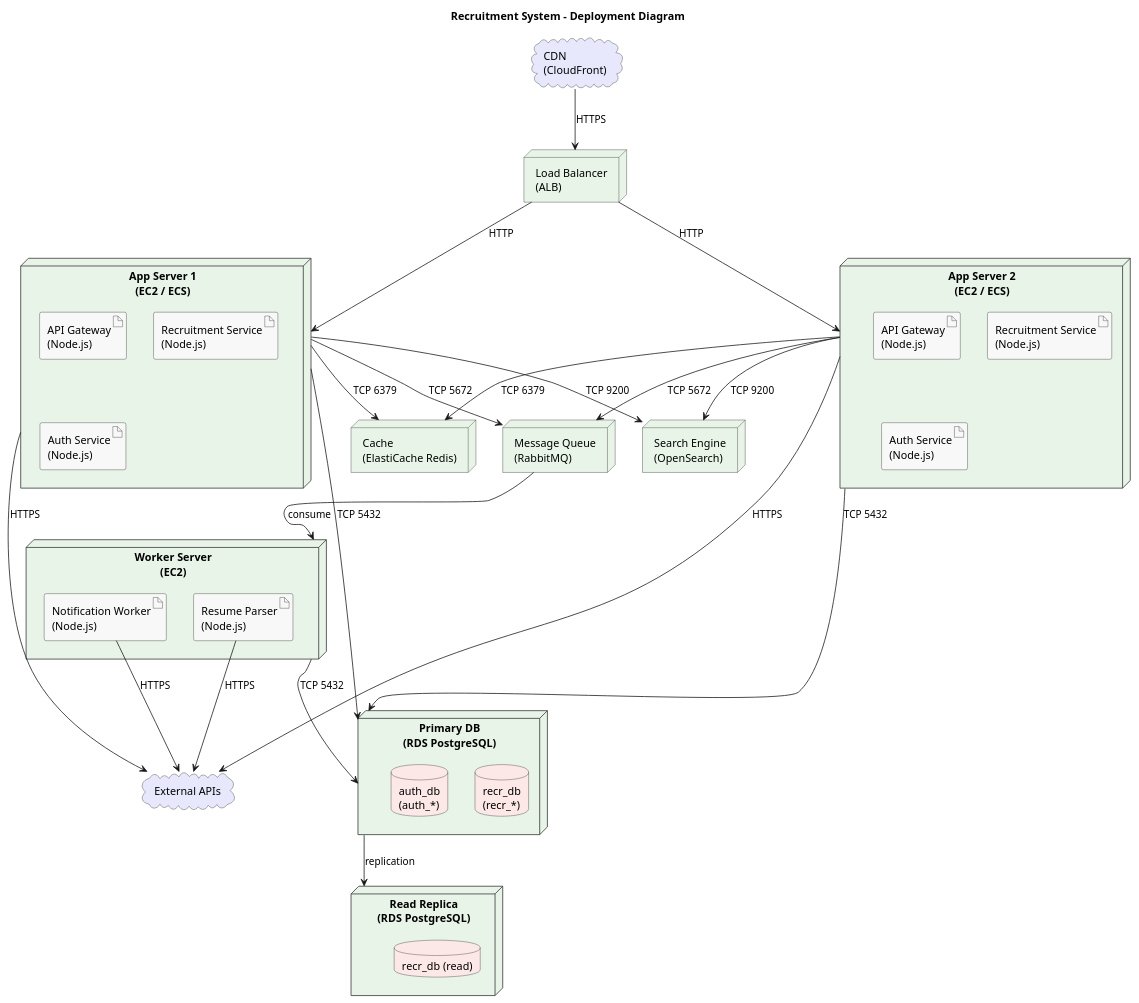
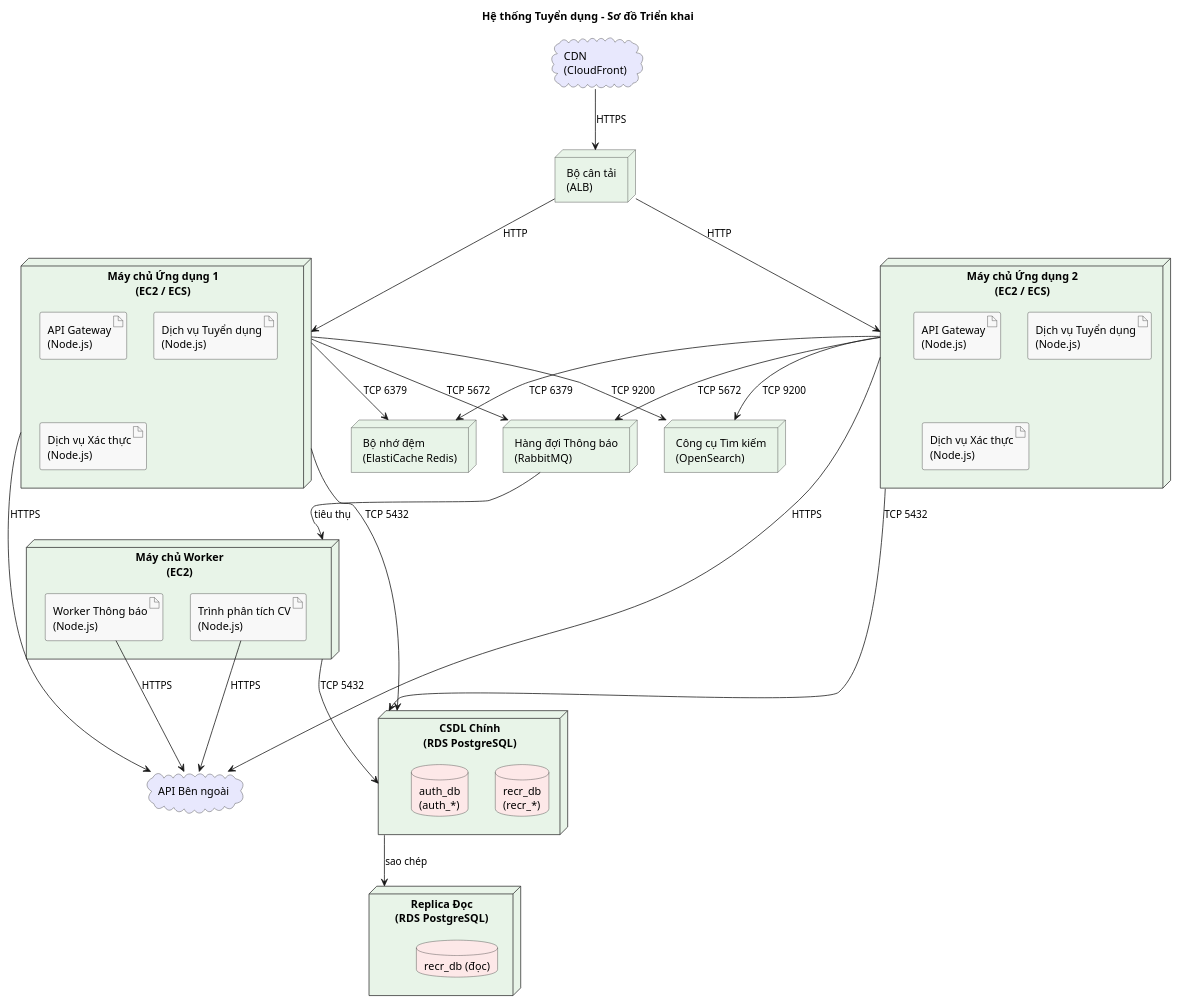
Before and after one commit to namnh240795/document: the diagram in modules/recr/diagrams/deployment/recruitment-deployment.puml, drawn with PlantUML. The commit also changed 171 other files, not shown here.

```diff
--- a/modules/recr/diagrams/deployment/recruitment-deployment.puml
+++ b/modules/recr/diagrams/deployment/recruitment-deployment.puml
@@ -1,99 +1,99 @@
 @startuml
 ' ============================================================
-' Recruitment System - Deployment Diagram
-' Infrastructure topology
+' Hệ thống Tuyển dụng - Sơ đồ Triển khai
+' Topology hạ tầng
 ' ============================================================
 
 skinparam node {
   BackgroundColor #E8F4E8
   BorderColor #333333
 }
 skinparam artifact {
   BackgroundColor #F8F8F8
   BorderColor #333333
 }
 skinparam database {
   BackgroundColor #FDE8E8
   BorderColor #333333
 }
 skinparam cloud {
   BackgroundColor #E8E8FD
   BorderColor #333333
 }
 
-title Recruitment System - Deployment Diagram
+title Hệ thống Tuyển dụng - Sơ đồ Triển khai
 
 ' --- CDN / Edge ---
 cloud "CDN\n(CloudFront)" as cdn
 
-' --- Load Balancer ---
-node "Load Balancer\n(ALB)" as alb
+' --- Bộ cân tải ---
+node "Bộ cân tải\n(ALB)" as alb
 
-' --- Application Servers ---
-node "App Server 1\n(EC2 / ECS)" as app1 {
+' --- Máy chủ Ứng dụng ---
+node "Máy chủ Ứng dụng 1\n(EC2 / ECS)" as app1 {
   artifact "API Gateway\n(Node.js)" as api1
-  artifact "Recruitment Service\n(Node.js)" as recr1
-  artifact "Auth Service\n(Node.js)" as auth1
+  artifact "Dịch vụ Tuyển dụng\n(Node.js)" as recr1
+  artifact "Dịch vụ Xác thực\n(Node.js)" as auth1
 }
 
-node "App Server 2\n(EC2 / ECS)" as app2 {
+node "Máy chủ Ứng dụng 2\n(EC2 / ECS)" as app2 {
   artifact "API Gateway\n(Node.js)" as api2
-  artifact "Recruitment Service\n(Node.js)" as recr2
-  artifact "Auth Service\n(Node.js)" as auth2
+  artifact "Dịch vụ Tuyển dụng\n(Node.js)" as recr2
+  artifact "Dịch vụ Xác thực\n(Node.js)" as auth2
 }
 
-' --- Worker Servers ---
-node "Worker Server\n(EC2)" as worker {
-  artifact "Notification Worker\n(Node.js)" as workerNotif
-  artifact "Resume Parser\n(Node.js)" as workerParser
+' --- Máy chủ Worker ---
+node "Máy chủ Worker\n(EC2)" as worker {
+  artifact "Worker Thông báo\n(Node.js)" as workerNotif
+  artifact "Trình phân tích CV\n(Node.js)" as workerParser
 }
 
-' --- Data Tier ---
-node "Primary DB\n(RDS PostgreSQL)" as dbPrimary {
+' --- Tầng Dữ liệu ---
+node "CSDL Chính\n(RDS PostgreSQL)" as dbPrimary {
   database "recr_db\n(recr_*)" as recrData
   database "auth_db\n(auth_*)" as authData
 }
 
-node "Read Replica\n(RDS PostgreSQL)" as dbReplica {
-  database "recr_db (read)" as recrRead
+node "Replica Đọc\n(RDS PostgreSQL)" as dbReplica {
+  database "recr_db (đọc)" as recrRead
 }
 
-node "Cache\n(ElastiCache Redis)" as redis
+node "Bộ nhớ đệm\n(ElastiCache Redis)" as redis
 
-node "Message Queue\n(RabbitMQ)" as mq
+node "Hàng đợi Thông báo\n(RabbitMQ)" as mq
 
-' --- Search ---
-node "Search Engine\n(OpenSearch)" as search
+' --- Tìm kiếm ---
+node "Công cụ Tìm kiếm\n(OpenSearch)" as search
 
-' --- External ---
-cloud "External APIs" as external
+' --- Bên ngoài ---
+cloud "API Bên ngoài" as external
 
-' --- Relationships ---
+' --- Quan hệ ---
 cdn --> alb : HTTPS
 alb --> app1 : HTTP
 alb --> app2 : HTTP
 
 app1 --> dbPrimary : TCP 5432
 app2 --> dbPrimary : TCP 5432
 
-dbPrimary --> dbReplica : replication
+dbPrimary --> dbReplica : sao chép
 
 app1 --> redis : TCP 6379
 app2 --> redis : TCP 6379
 
 app1 --> search : TCP 9200
 app2 --> search : TCP 9200
 
 app1 --> mq : TCP 5672
 app2 --> mq : TCP 5672
 
-mq --> worker : consume
+mq --> worker : tiêu thụ
 
 worker --> dbPrimary : TCP 5432
 workerNotif --> external : HTTPS
 workerParser --> external : HTTPS
 
 app1 --> external : HTTPS
 app2 --> external : HTTPS
 
 @enduml
```
